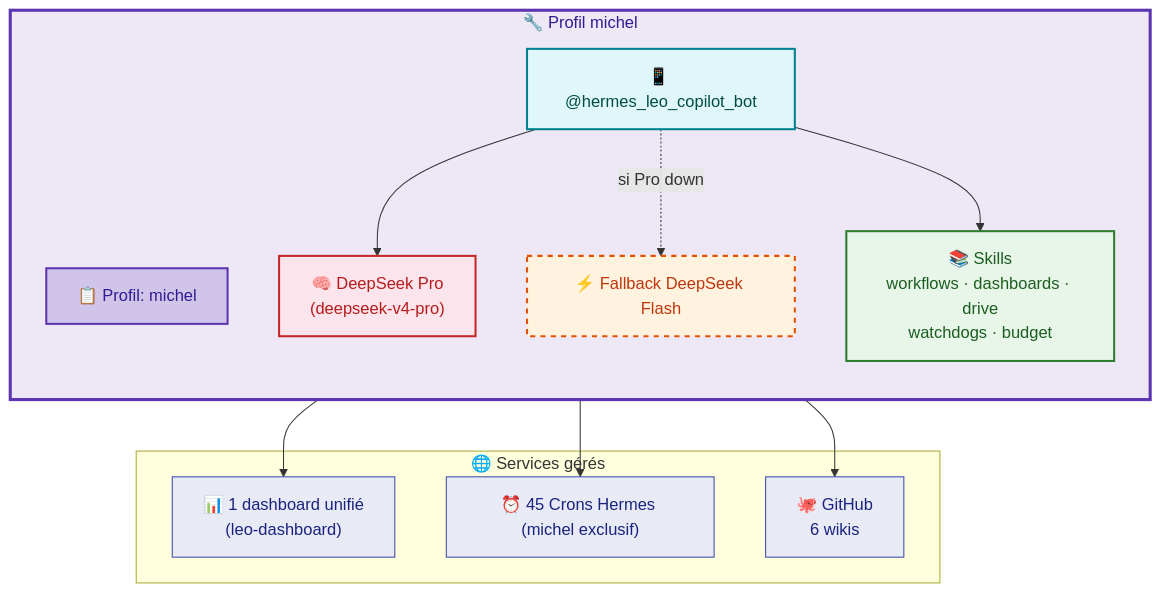
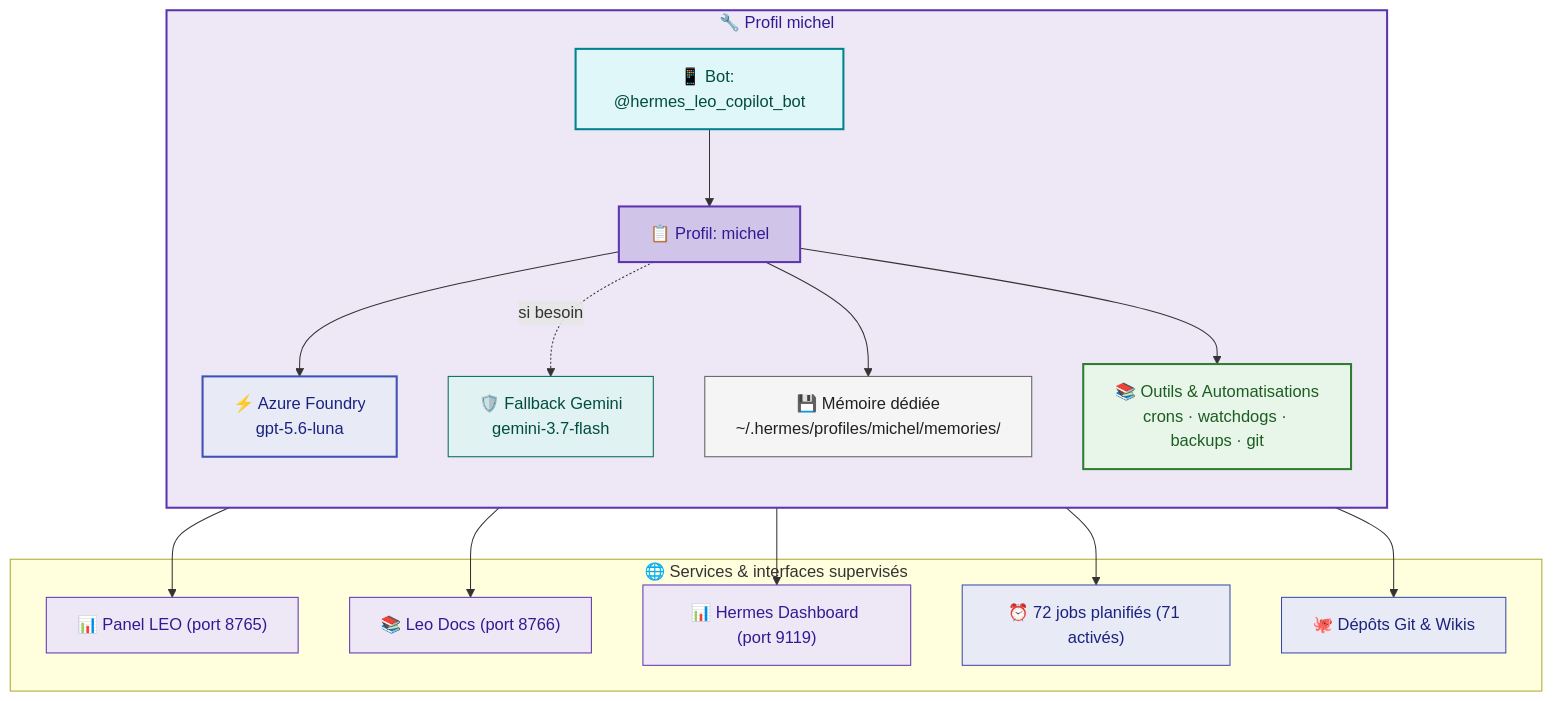
Before and after one commit to christophedanhier-hash/hermes-wiki: the third of 9 diagrams in docs/hermes/architecture-communication.md, drawn with Mermaid. The commit also changed other lines of this file and 3 other files, not shown here.

Commit message:
docs(hermes): update communication architecture and changelog

````diff
--- a/docs/hermes/architecture-communication.md
+++ b/docs/hermes/architecture-communication.md
@@ -130,35 +160,45 @@
 ```mermaid
 flowchart TB
     subgraph MICHEL["🔧 Profil michel"]
         direction TB
         P1["📋 Profil: michel"]
-        B1["📱 @hermes_leo_copilot_bot"]
-        M1["🧠 DeepSeek Pro<br/>(deepseek-v4-pro)"]
-        F1["⚡ Fallback DeepSeek Flash"]
-        SKILLS["📚 Skills<br/>workflows · dashboards · drive<br/>watchdogs · budget"]
+        B1["📱 Bot: @hermes_leo_copilot_bot"]
+        M1["⚡ Azure Foundry<br/>gpt-5.6-luna"]
+        F1["🛡️ Fallback Gemini<br/>gemini-3.7-flash"]
+        SKILLS["📚 Outils & Automatisations<br/>crons · watchdogs · backups · git"]
+        MEM1["💾 Mémoire dédiée<br/>~/.hermes/profiles/michel/memories/"]
     end
 
-    subgraph EXTERNE["🌐 Services gérés"]
-        DASH["📊 1 dashboard unifié<br/>(leo-dashboard)"]
-        CRONS["⏰ 45 Crons Hermes (michel exclusif)"]
-        GH["🐙 GitHub<br/>6 wikis"]
+    subgraph EXTERNE["🌐 Services & interfaces supervisés"]
+        DASH1["📊 Panel LEO (port 8765)"]
+        DOCS["📚 Leo Docs (port 8766)"]
+        DASH2["📊 Hermes Dashboard (port 9119)"]
+        CRONS["⏰ 72 jobs planifiés (71 activés)"]
+        GH["🐙 Dépôts Git & Wikis"]
     end
 
-    B1 --> M1
-    B1 -.->|"si Pro down"| F1
-    B1 --> SKILLS
+    B1 --> P1
+    P1 --> M1
+    P1 -.->|"si besoin"| F1
+    P1 --> MEM1
+    P1 --> SKILLS
 
-    SKILLS --> DASH
+    SKILLS --> DASH1
+    SKILLS --> DOCS
+    SKILLS --> DASH2
     SKILLS --> CRONS
     SKILLS --> GH
 
-    style MICHEL fill:#ede7f6,stroke:#5e35b1,stroke-width:3px,color:#311b92
+    style MICHEL fill:#ede7f6,stroke:#5e35b1,stroke-width:2px,color:#311b92
     style P1 fill:#d1c4e9,stroke:#5e35b1,stroke-width:2px,color:#311b92
     style B1 fill:#e0f7fa,stroke:#00838f,stroke-width:2px,color:#004d40
-    style M1 fill:#fce4ec,stroke:#c62828,stroke-width:2px,color:#b71c1c
-    style F1 fill:#fff3e0,stroke:#e65100,stroke-width:2px,stroke-dasharray:5,color:#bf360c
+    style M1 fill:#e8eaf6,stroke:#3f51b5,stroke-width:2px,color:#1a237e
+    style F1 fill:#e0f2f1,stroke:#00695c,stroke-width:1px,color:#004d40
     style SKILLS fill:#e8f5e9,stroke:#2e7d32,stroke-width:2px,color:#1b5e20
-    style DASH fill:#e8eaf6,stroke:#3949ab,color:#1a237e
+    style MEM1 fill:#f5f5f5,stroke:#616161,stroke-width:1px,color:#212121
+    style DASH1 fill:#ede7f6,stroke:#5e35b1,color:#311b92
+    style DOCS fill:#ede7f6,stroke:#5e35b1,color:#311b92
+    style DASH2 fill:#ede7f6,stroke:#5e35b1,color:#311b92
     style CRONS fill:#e8eaf6,stroke:#3949ab,color:#1a237e
     style GH fill:#e8eaf6,stroke:#3949ab,color:#1a237e
 ```
````
